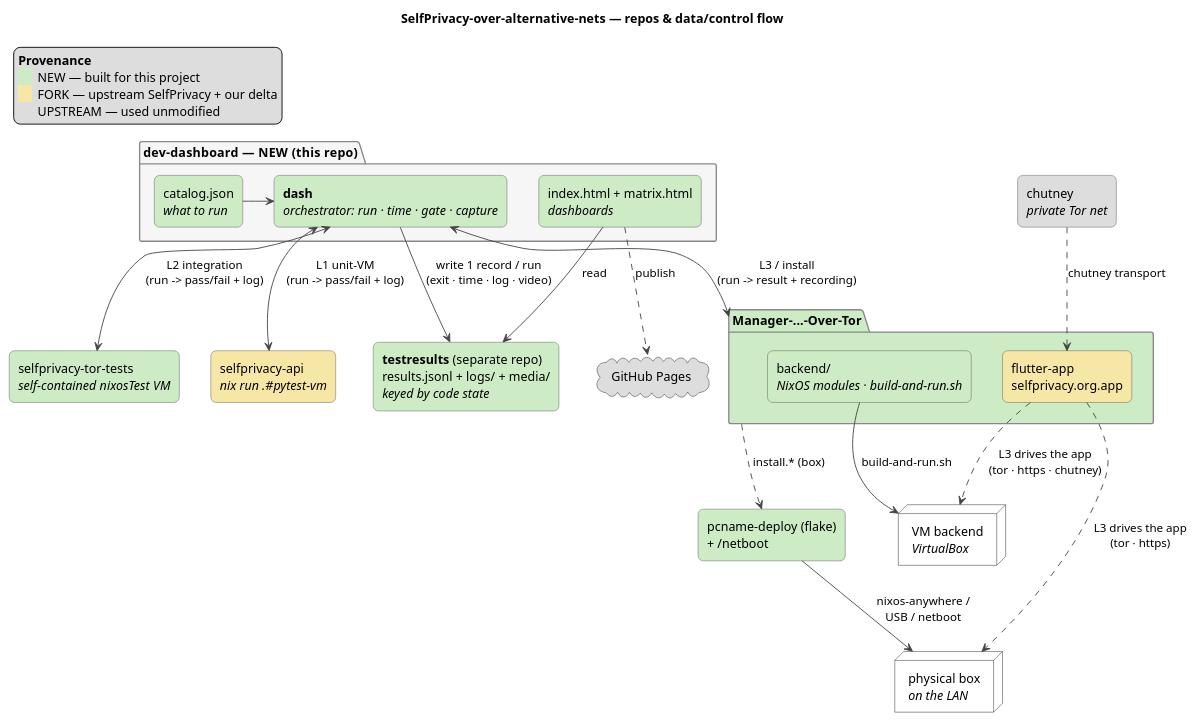
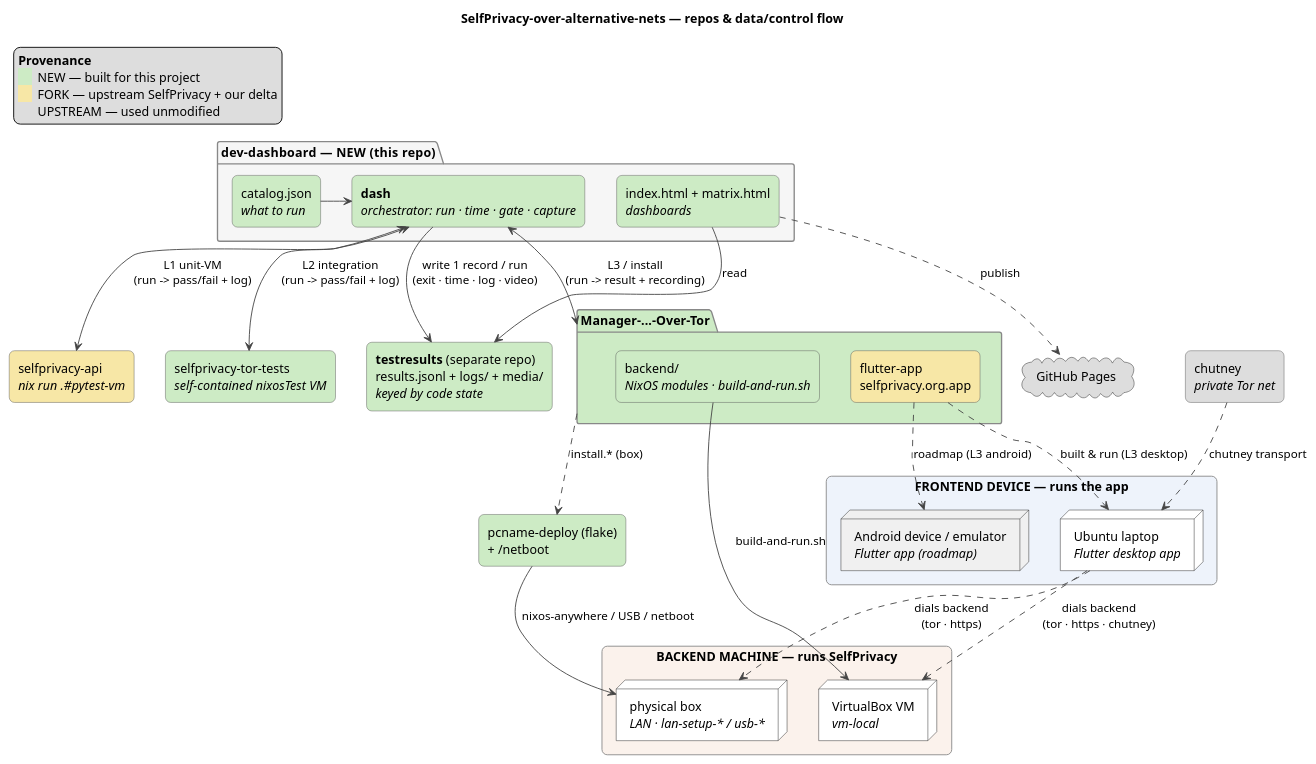
The diagram in docs/architecture.puml (selfprivacy-over-alternative-nets/dev-dashboard), drawn with PlantUML before and after one commit. The commit also changed 3 other files, not shown here.

First line of the commit message:
docs: distinguish frontend device vs backend machine + add VM-vs-physical coverage grid

```diff
--- a/docs/architecture.puml
+++ b/docs/architecture.puml
@@ -1,63 +1,74 @@
 @startuml architecture
 ' SelfPrivacy-over-alternative-nets — repos and how they connect.
 ' Rendered deterministically to architecture.svg by docs/render-diagrams.sh (pinned plantuml).
 title SelfPrivacy-over-alternative-nets — repos & data/control flow
 
 skinparam shadowing false
 skinparam defaultFontName Helvetica
 skinparam ArrowColor #444444
 skinparam rectangle {
   BorderColor #555555
   roundCorner 12
 }
 skinparam package {
   BorderColor #888888
   BackgroundColor #F6F6F6
 }
 
 legend top left
 <b>Provenance</b>
 <back:#CDEBC5>    </back>  NEW — built for this project
 <back:#F7E7A6>    </back>  FORK — upstream SelfPrivacy + our delta
 <back:#DDDDDD>    </back>  UPSTREAM — used unmodified
 endlegend
 
 package "dev-dashboard  —  NEW (this repo)" {
   rectangle "catalog.json\n<i>what to run</i>" as cat #CDEBC5
   rectangle "<b>dash</b>\n<i>orchestrator: run · time · gate · capture</i>" as dash #CDEBC5
   rectangle "index.html + matrix.html\n<i>dashboards</i>" as ui #CDEBC5
 }
 
 rectangle "<b>testresults</b> (separate repo)\nresults.jsonl + logs/ + media/\n<i>keyed by code state</i>" as tr #CDEBC5
 cloud "GitHub Pages" as pages #DDDDDD
 
 cat -right-> dash
 dash --> tr : write 1 record / run\n(exit · time · log · video)
 ui --> tr : read
 ui ..> pages : publish
 
 package "Manager-...-Over-Tor" as mgr #CDEBC5 {
   rectangle "backend/\n<i>NixOS modules · build-and-run.sh</i>" as backend #CDEBC5
   rectangle "flutter-app\nselfprivacy.org.app" as app #F7E7A6
 }
 rectangle "selfprivacy-api\n<i>nix run .#pytest-vm</i>" as api #F7E7A6
 rectangle "selfprivacy-tor-tests\n<i>self-contained nixosTest VM</i>" as tests #CDEBC5
 
 ' dev-dashboard RUNS each target and CAPTURES its result (exit/log/video) → then writes the record.
 dash <--> api    : L1 unit-VM\n(run -> pass/fail + log)
 dash <--> tests  : L2 integration\n(run -> pass/fail + log)
 dash <--> mgr    : L3 / install\n(run -> result + recording)
 
-node "VM backend\n<i>VirtualBox</i>" as vm #FFFFFF
-node "physical box\n<i>on the LAN</i>" as box #FFFFFF
 rectangle "pcname-deploy (flake)\n+ ~/netboot" as deploy #CDEBC5
 rectangle "chutney\n<i>private Tor net</i>" as chut #DDDDDD
 
-backend --> vm   : build-and-run.sh
-deploy  --> box  : nixos-anywhere /\nUSB / netboot
+' The app (a repo) is BUILT and RUN on a FRONTEND DEVICE — kept distinct from the BACKEND MACHINE
+' that runs SelfPrivacy. L3 pairs one of each; the app dials the backend over a transport.
+rectangle "FRONTEND DEVICE — runs the app" as FE #EEF3FB {
+  node "Ubuntu laptop\n<i>Flutter desktop app</i>" as fedesk #FFFFFF
+  node "Android device / emulator\n<i>Flutter app (roadmap)</i>" as feandroid #F0F0F0
+}
+rectangle "BACKEND MACHINE — runs SelfPrivacy" as BE #FBF2EC {
+  node "VirtualBox VM\n<i>vm-local</i>" as vm #FFFFFF
+  node "physical box\n<i>LAN · lan-setup-* / usb-*</i>" as box #FFFFFF
+}
+
+app ..> fedesk    : built & run (L3 desktop)
+app ..> feandroid : roadmap (L3 android)
+backend --> vm    : build-and-run.sh
+deploy  --> box   : nixos-anywhere / USB / netboot
 mgr     ..> deploy : install.* (box)
-app ..> vm       : L3 drives the app\n(tor · https · chutney)
-app ..> box      : L3 drives the app\n(tor · https)
-chut ..> app     : chutney transport
+fedesk ..> vm     : dials backend\n(tor · https · chutney)
+fedesk ..> box    : dials backend\n(tor · https)
+chut ..> fedesk   : chutney transport
 
 @enduml
```
